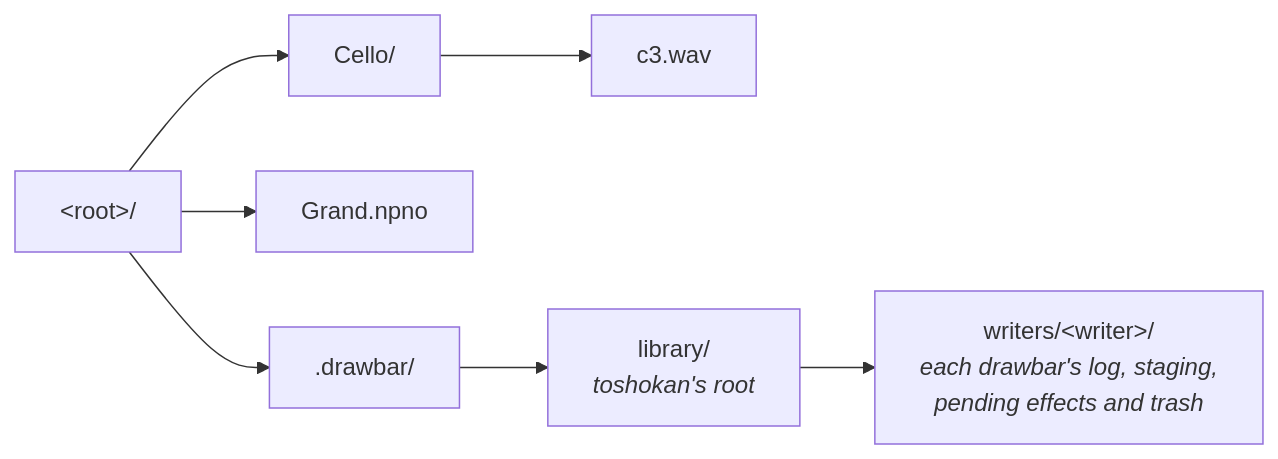
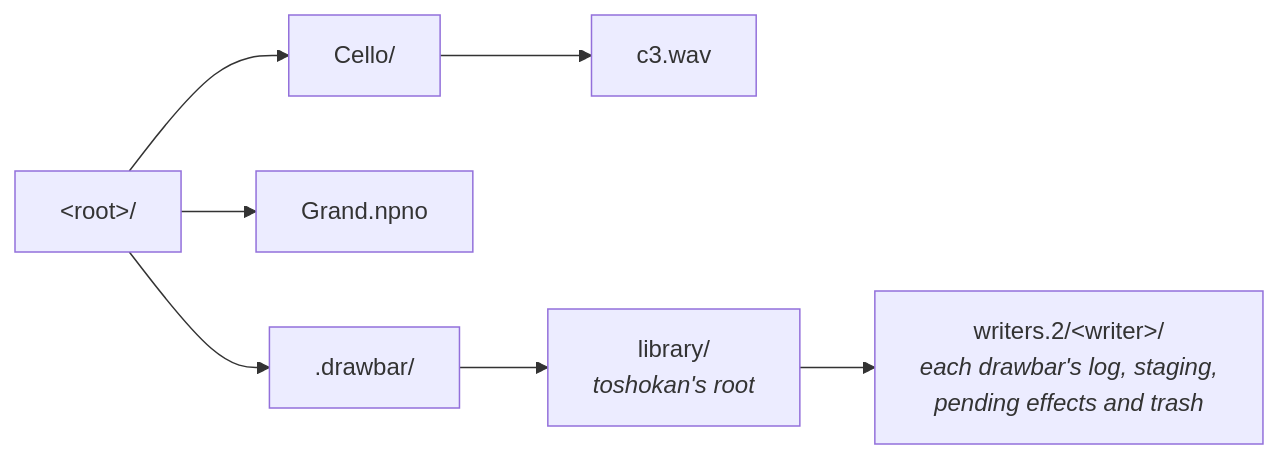
One commit to jmoo/drawbar changed the first of 3 diagrams in docs/src/reference/data-model.md. Above: the diagram before and after it, drawn with Mermaid. The commit also changed other lines of this file and 6 other files, not shown here.

````diff
--- a/docs/src/reference/data-model.md
+++ b/docs/src/reference/data-model.md
@@ -35,10 +35,10 @@
 ```mermaid
 flowchart LR
     root["&lt;root&gt;/"]
     root --> sidecar[".drawbar/"]
     root --> grand["Grand.npno"]
     root --> cello["Cello/"]
     cello --> c3["c3.wav"]
     sidecar --> library["library/<br/><i>toshokan's root</i>"]
-    library --> writers["writers/&lt;writer&gt;/<br/><i>each drawbar's log, staging,<br/>pending effects and trash</i>"]
+    library --> writers["writers.2/&lt;writer&gt;/<br/><i>each drawbar's log, staging,<br/>pending effects and trash</i>"]
 ```
````
